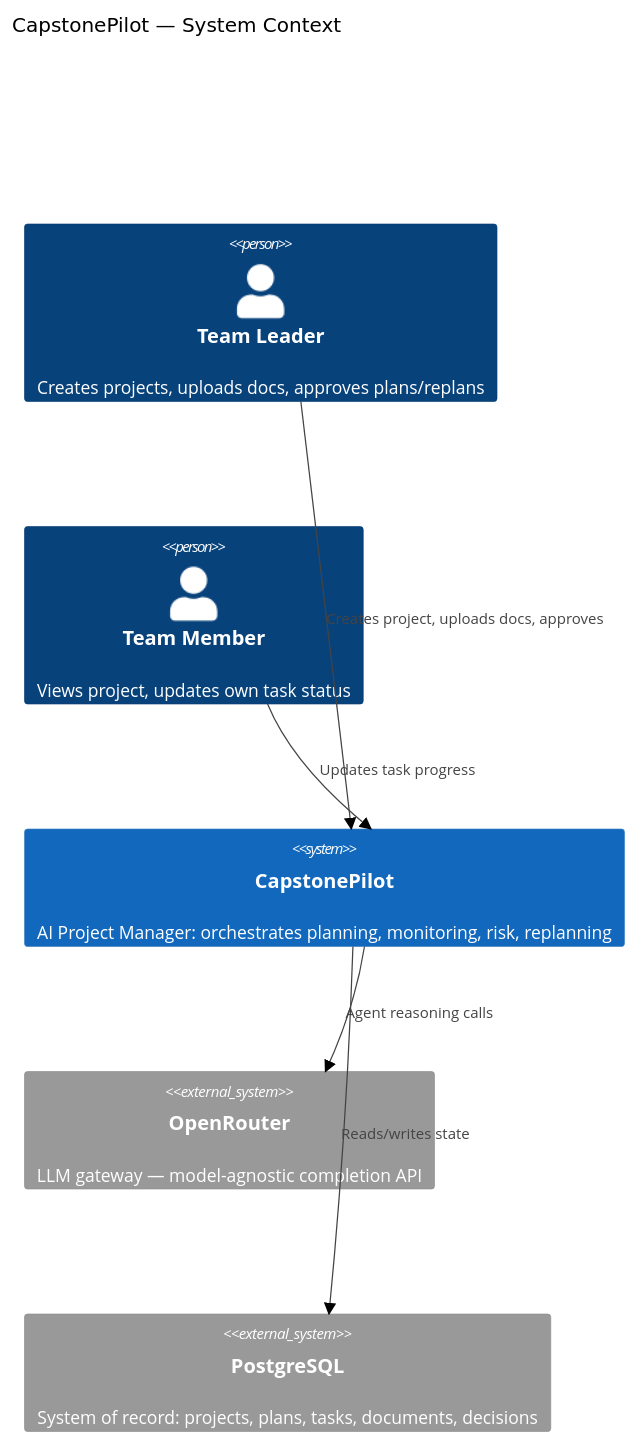
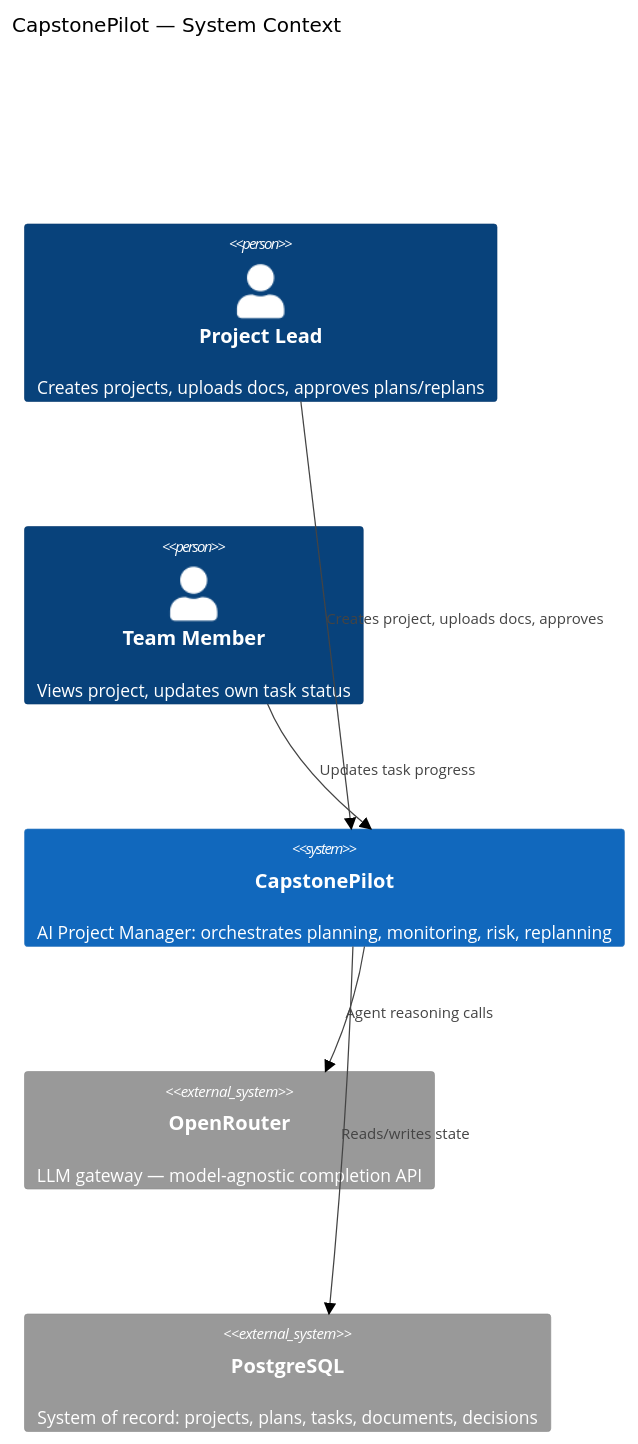
The first of 4 diagrams in docs/architecture.md (alotaibiaseel22-ops/CapstonePilot), drawn with Mermaid (forest theme) before and after one commit. The commit also changed other lines of this file and 1 other file, not shown here.

First line of the commit message:
Rename team_leader role to project_owner throughout

````diff
--- a/docs/architecture.md
+++ b/docs/architecture.md
@@ -22,14 +22,14 @@
 ```mermaid
 C4Context
 title CapstonePilot — System Context
-Person(leader, "Team Leader", "Creates projects, uploads docs, approves plans/replans")
+Person(leader, "Project Lead", "Creates projects, uploads docs, approves plans/replans")
 Person(member, "Team Member", "Views project, updates own task status")
 System(cp, "CapstonePilot", "AI Project Manager: orchestrates planning, monitoring, risk, replanning")
 System_Ext(llm, "OpenRouter", "LLM gateway — model-agnostic completion API")
 System_Ext(db, "PostgreSQL", "System of record: projects, plans, tasks, documents, decisions")
 
 Rel(leader, cp, "Creates project, uploads docs, approves")
 Rel(member, cp, "Updates task progress")
 Rel(cp, llm, "Agent reasoning calls")
 Rel(cp, db, "Reads/writes state")
 ```
````
